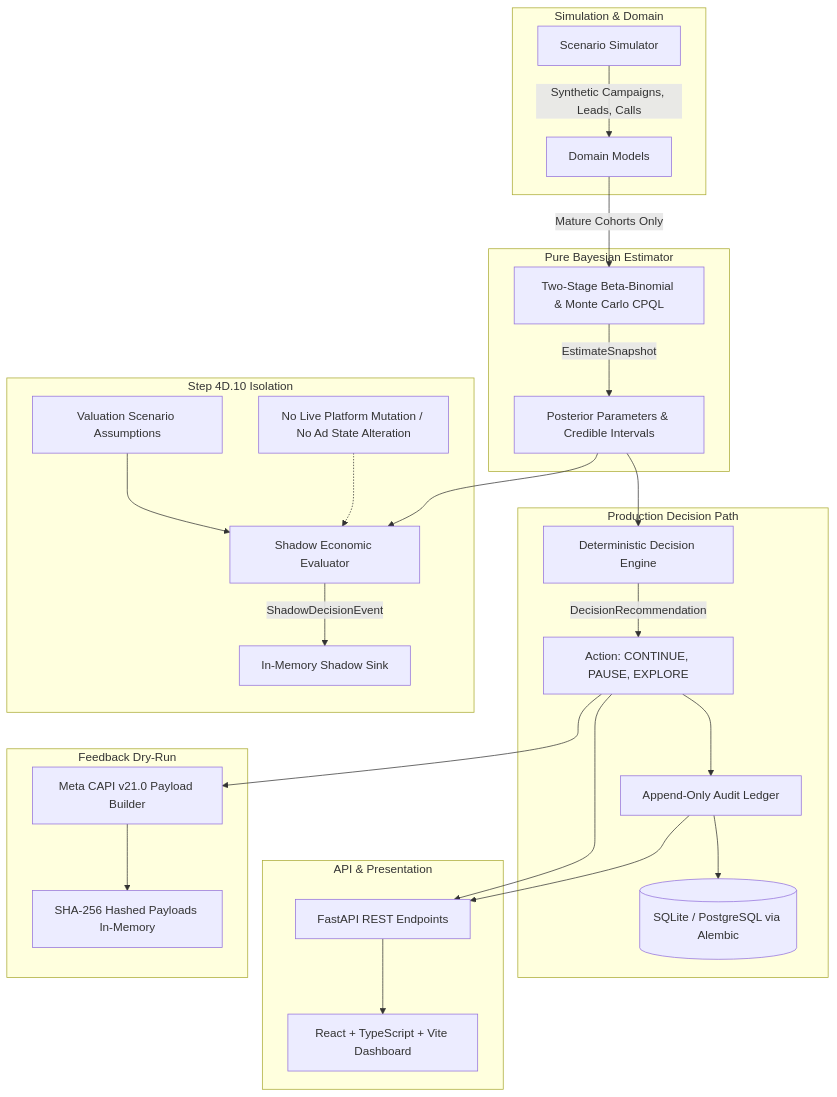
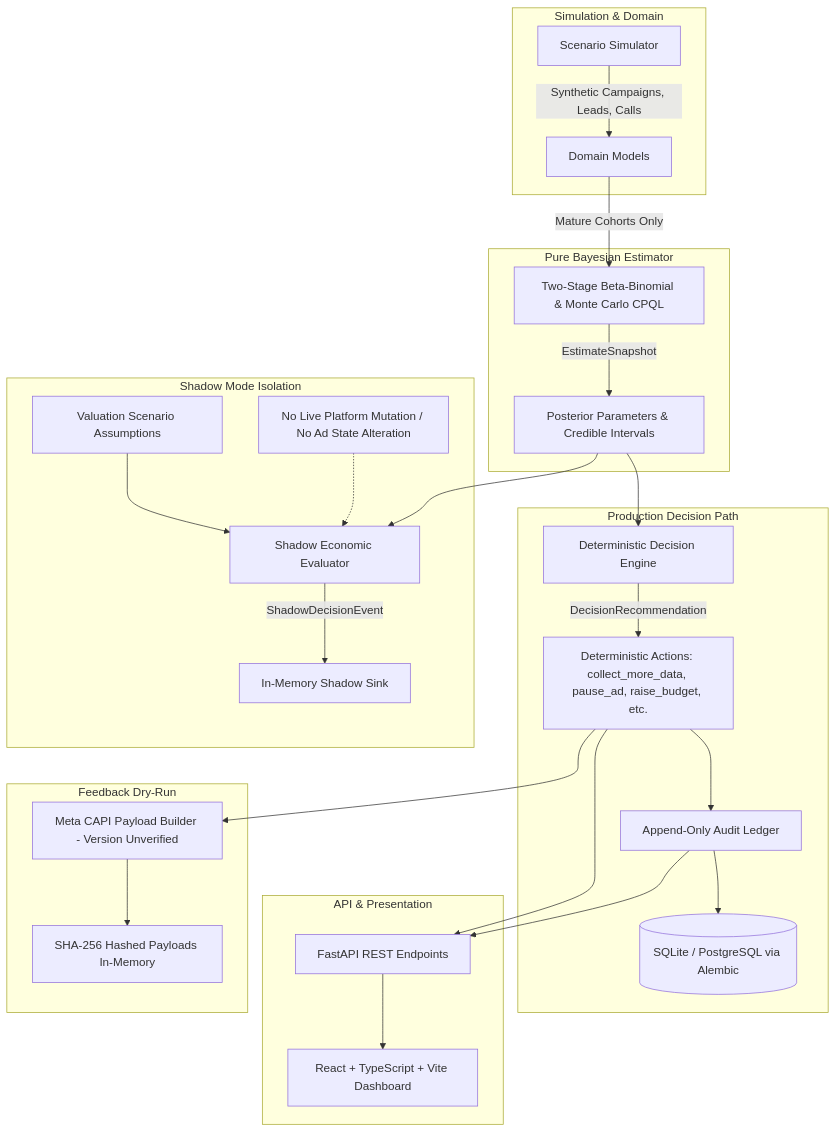
Before and after one commit to jyotirmya17/QualLoop: the diagram in README.md, drawn with Mermaid. The commit also changed other lines of this file and 15 other files, not shown here.

````diff
--- a/README.md
+++ b/README.md
@@ -59,36 +80,36 @@
 ```mermaid
 flowchart TD
     subgraph Simulation & Domain
         SIM[Scenario Simulator] -->|Synthetic Campaigns, Leads, Calls| DOM[Domain Models]
     end
 
     subgraph Estimator [Pure Bayesian Estimator]
         DOM -->|Mature Cohorts Only| EST[Two-Stage Beta-Binomial & Monte Carlo CPQL]
         EST -->|EstimateSnapshot| SNAP[Posterior Parameters & Credible Intervals]
     end
 
     subgraph Production Decision Path
         SNAP --> ENG[Deterministic Decision Engine]
-        ENG -->|DecisionRecommendation| DEC[Action: CONTINUE, PAUSE, EXPLORE]
+        ENG -->|DecisionRecommendation| DEC[Deterministic Actions: collect_more_data, pause_ad, raise_budget, etc.]
         DEC --> AUDIT[Append-Only Audit Ledger]
         AUDIT --> DB[(SQLite / PostgreSQL via Alembic)]
     end
 
-    subgraph Offline Shadow Path [Step 4D.10 Isolation]
+    subgraph Offline Shadow Path [Shadow Mode Isolation]
         SNAP --> SHAD[Shadow Economic Evaluator]
         VAL[Valuation Scenario Assumptions] --> SHAD
         SHAD -->|ShadowDecisionEvent| SINK[In-Memory Shadow Sink]
         note1[No Live Platform Mutation / No Ad State Alteration] -.-> SHAD
     end
 
     subgraph API & Presentation
         DEC --> API[FastAPI REST Endpoints]
         AUDIT --> API
         API --> UI[React + TypeScript + Vite Dashboard]
     end
 
     subgraph Feedback Dry-Run
-        DEC --> CAPI[Meta CAPI v21.0 Payload Builder]
+        DEC --> CAPI[Meta CAPI Payload Builder - Version Unverified]
         CAPI --> HASH[SHA-256 Hashed Payloads In-Memory]
     end
 ```
````
